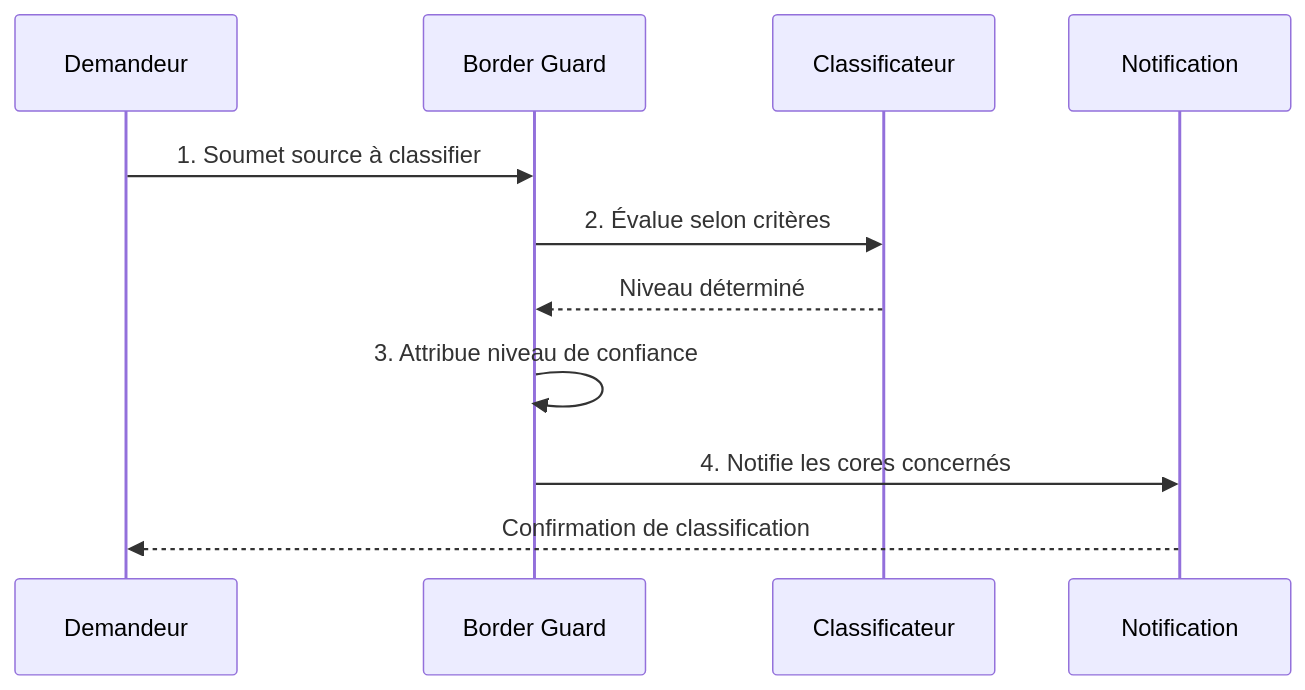
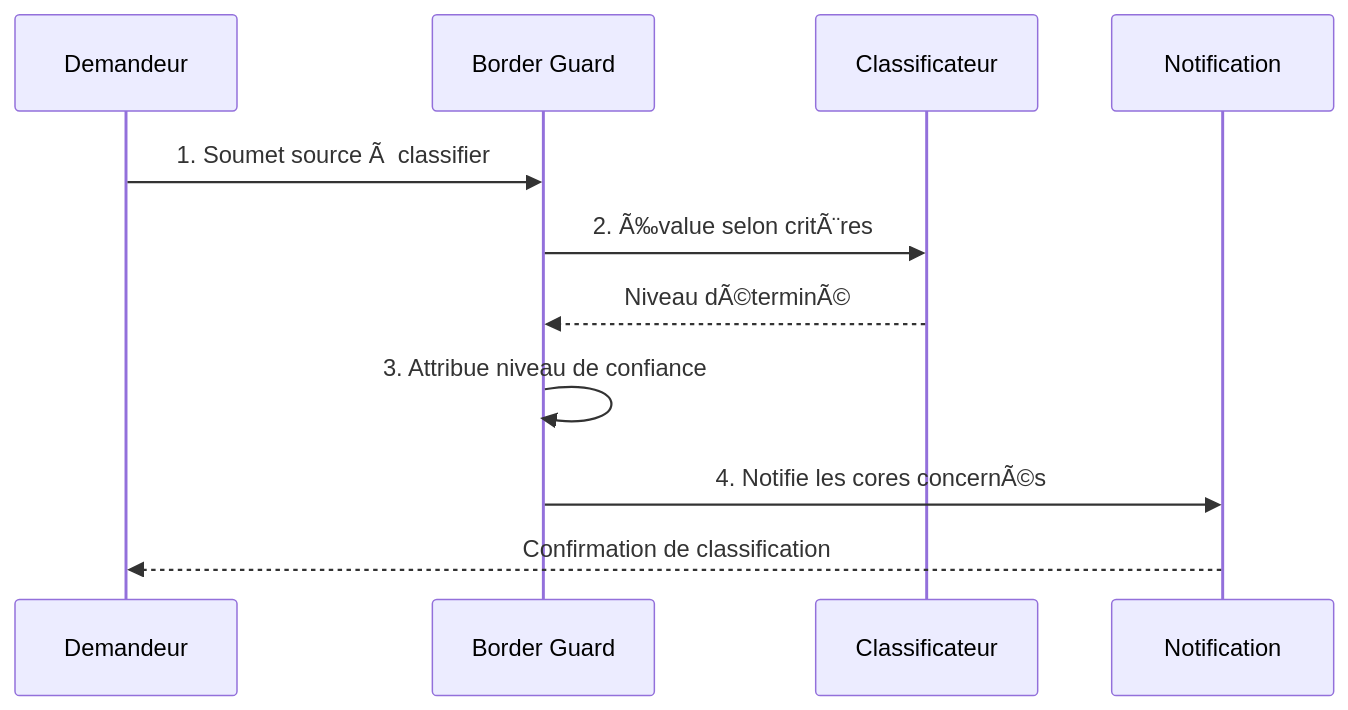
Before and after one commit to StudioMiyukini/miyukini_cog: the third of 5 diagrams in docs/cores/BorderGuard/architecture/Border Guard - Architecture & Flows.md, drawn with Mermaid. The commit also changed other lines of this file and 1287 other files, not shown here.

````diff
--- a/docs/cores/BorderGuard/architecture/Border Guard - Architecture & Flows.md
+++ b/docs/cores/BorderGuard/architecture/Border Guard - Architecture & Flows.md
@@ -210,14 +210,14 @@
 ```mermaid
 sequenceDiagram
     participant Source as Demandeur
     participant BG as Border Guard
     participant Class as Classificateur
     participant Notif as Notification
 
-    Source->>BG: 1. Soumet source à classifier
-    BG->>Class: 2. Évalue selon critères
-    Class-->>BG: Niveau déterminé
+    Source->>BG: 1. Soumet source Ã  classifier
+    BG->>Class: 2. Ã‰value selon critÃ¨res
+    Class-->>BG: Niveau dÃ©terminÃ©
     BG->>BG: 3. Attribue niveau de confiance
-    BG->>Notif: 4. Notifie les cores concernés
+    BG->>Notif: 4. Notifie les cores concernÃ©s
     Notif-->>Source: Confirmation de classification
 ```
````
